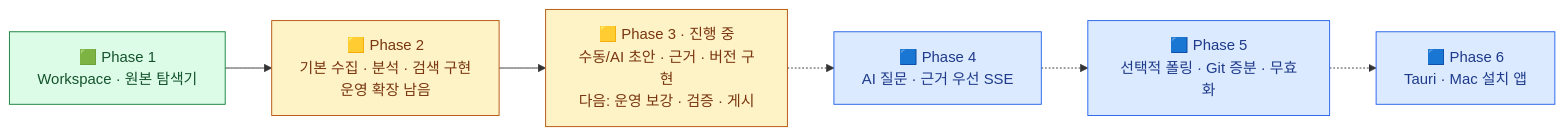
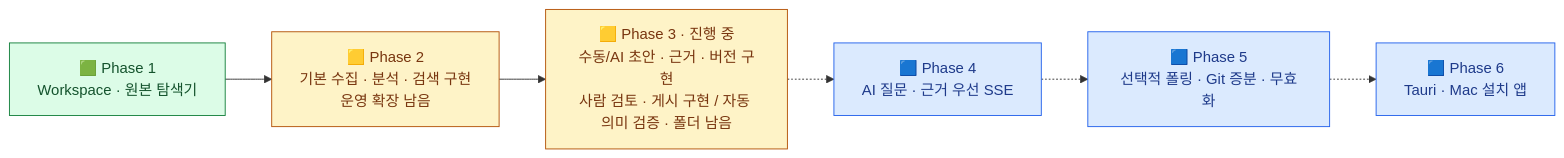
One commit to thisisnew/dougle changed the first of 5 diagrams in docs/design-map.md. Above: the diagram before and after it, drawn with Mermaid. The commit also changed other lines of this file and 24 other files, not shown here.

````diff
--- a/docs/design-map.md
+++ b/docs/design-map.md
@@ -16,20 +16,20 @@
 ```mermaid
 flowchart LR
     P1["🟩 Phase 1<br/>Workspace · 원본 탐색기"]
     P2["🟨 Phase 2<br/>기본 수집 · 분석 · 검색 구현<br/>운영 확장 남음"]
-    P3["🟨 Phase 3 · 진행 중<br/>수동/AI 초안 · 근거 · 버전 구현<br/>다음: 운영 보강 · 검증 · 게시"]
+    P3["🟨 Phase 3 · 진행 중<br/>수동/AI 초안 · 근거 · 버전 구현<br/>사람 검토 · 게시 구현 / 자동 의미 검증 · 폴더 남음"]
     P4["🟦 Phase 4<br/>AI 질문 · 근거 우선 SSE"]
     P5["🟦 Phase 5<br/>선택적 폴링 · Git 증분 · 무효화"]
     P6["🟦 Phase 6<br/>Tauri · Mac 설치 앱"]
     P1 --> P2
     P2 --> P3
     P3 -.-> P4
     P4 -.-> P5
     P5 -.-> P6
     classDef done fill:#dcfce7,stroke:#15803d,color:#14532d
     classDef partial fill:#fef3c7,stroke:#b45309,color:#78350f
     classDef planned fill:#dbeafe,stroke:#2563eb,color:#1e3a8a
     class P1 done
     class P2,P3 partial
     class P4,P5,P6 planned
 ```
````
